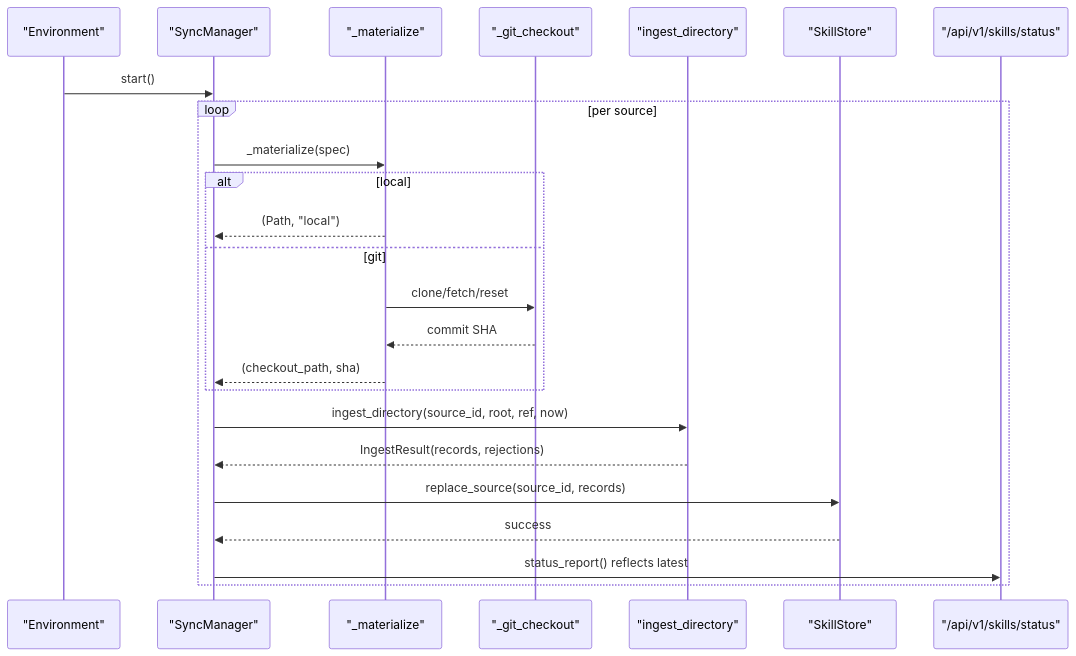
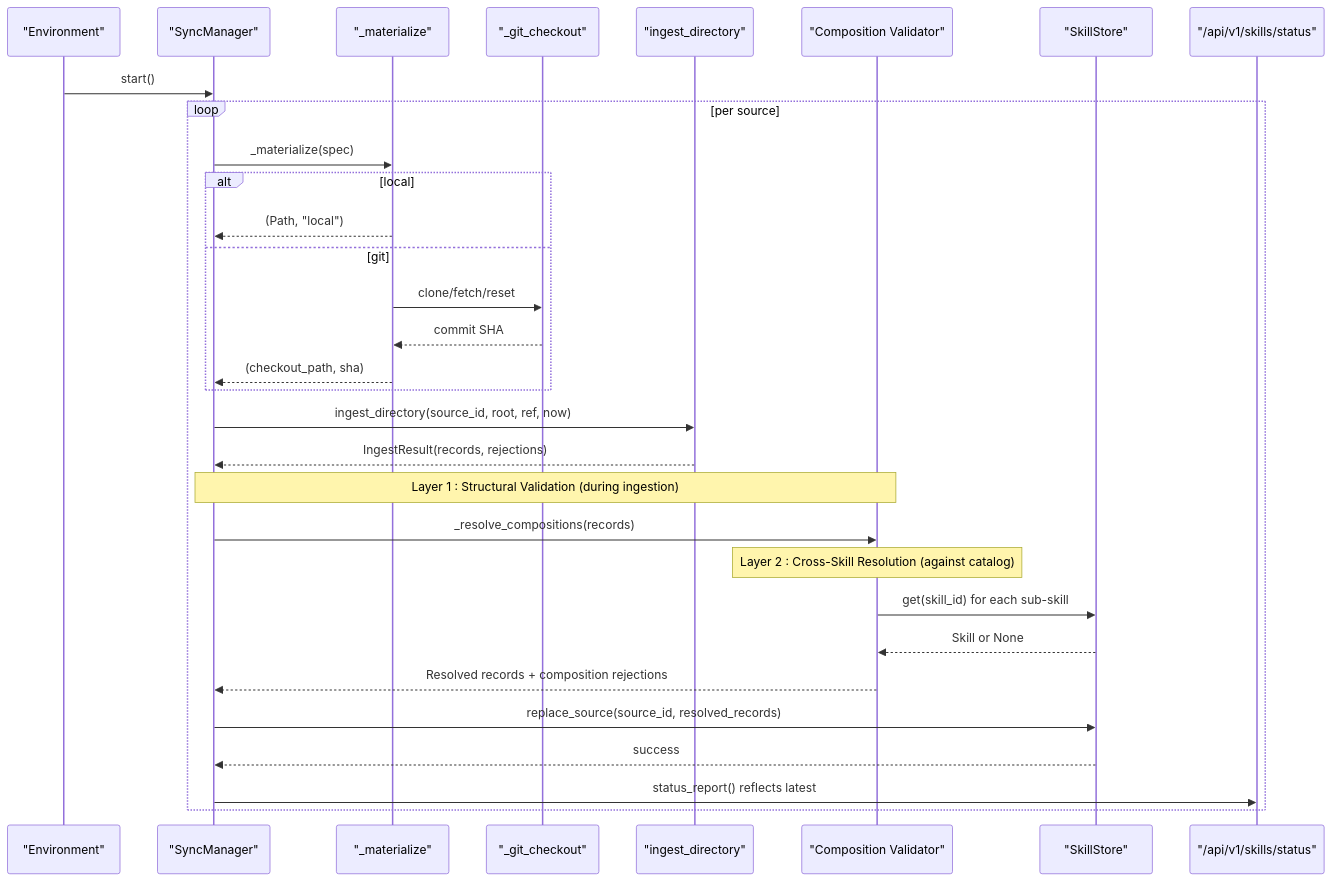
One commit to metasync/luban-aiops changed the second of 9 diagrams in .qoder/repowiki/en/content/Core Services/Skills Hub/Synchronization Mechanism.md. Above: the diagram before and after it, drawn with Mermaid. The commit also changed other lines of this file and 242 other files, not shown here.

Commit message:
docs: regenerate repowiki for v0.40.0 skill composition runbooks

````diff
--- a/.qoder/repowiki/en/content/Core Services/Skills Hub/Synchronization Mechanism.md
+++ b/.qoder/repowiki/en/content/Core Services/Skills Hub/Synchronization Mechanism.md
@@ -84,26 +101,33 @@
 ```mermaid
 sequenceDiagram
 participant Env as "Environment"
 participant SM as "SyncManager"
 participant Mat as "_materialize"
 participant Git as "_git_checkout"
 participant Ing as "ingest_directory"
+participant Val as "Composition Validator"
 participant Store as "SkillStore"
 participant API as "/api/v1/skills/status"
 Env->>SM : start()
 loop per source
 SM->>Mat : _materialize(spec)
 alt local
 Mat-->>SM : (Path, "local")
 else git
 Mat->>Git : clone/fetch/reset
 Git-->>Mat : commit SHA
 Mat-->>SM : (checkout_path, sha)
 end
 SM->>Ing : ingest_directory(source_id, root, ref, now)
 Ing-->>SM : IngestResult(records, rejections)
-SM->>Store : replace_source(source_id, records)
+Note over SM,Val : Layer 1 : Structural Validation (during ingestion)
+SM->>Val : _resolve_compositions(records)
+Note over Val : Layer 2 : Cross-Skill Resolution (against catalog)
+Val->>Store : get(skill_id) for each sub-skill
+Store-->>Val : Skill or None
+Val-->>SM : Resolved records + composition rejections
+SM->>Store : replace_source(source_id, resolved_records)
 Store-->>SM : success
 SM->>API : status_report() reflects latest
 end
 ```
````
